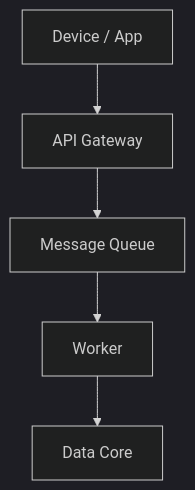
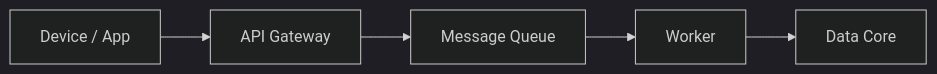
The diagram in marp/slides/2024-11-01-message-architecture-and-operational-design.md (devchan64/devchan64.github.io), drawn with Mermaid (dark theme) before and after one commit. The commit also changed 1 other file, not shown here.

Commit message:
테스트

````diff
--- a/marp/slides/2024-11-01-message-architecture-and-operational-design.md
+++ b/marp/slides/2024-11-01-message-architecture-and-operational-design.md
@@ -8,7 +8,7 @@
-```mermaid
-graph TD
+<div class="mermaid">
+graph LR
 device[Device / App] --> API[API Gateway]
 API --> MSG[Message Queue]
-MSG --> Container[Worker]
-Container --> Data[Data Core]
-```
+MSG --> MSA[Worker]
+MSA --> Data[Data Core]
+</div>
````
